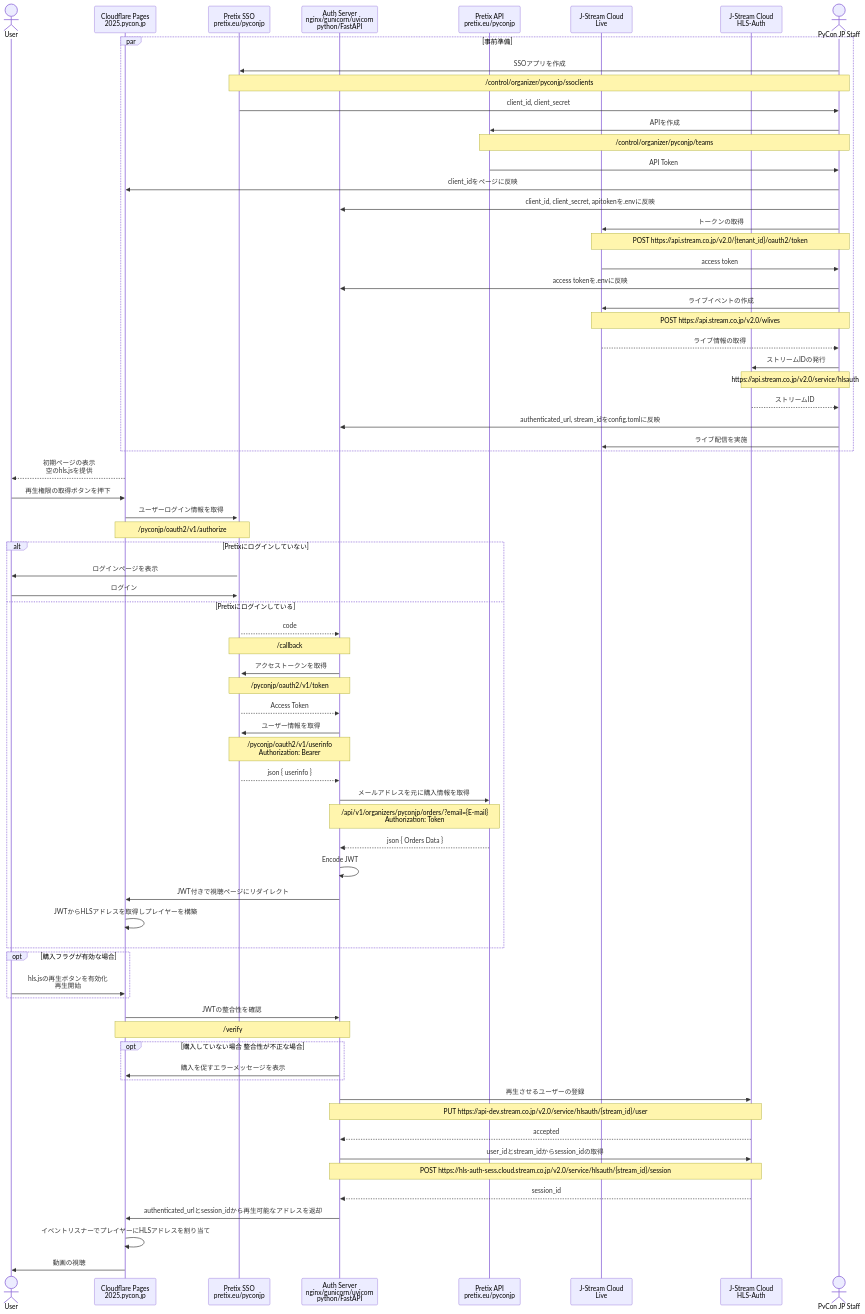
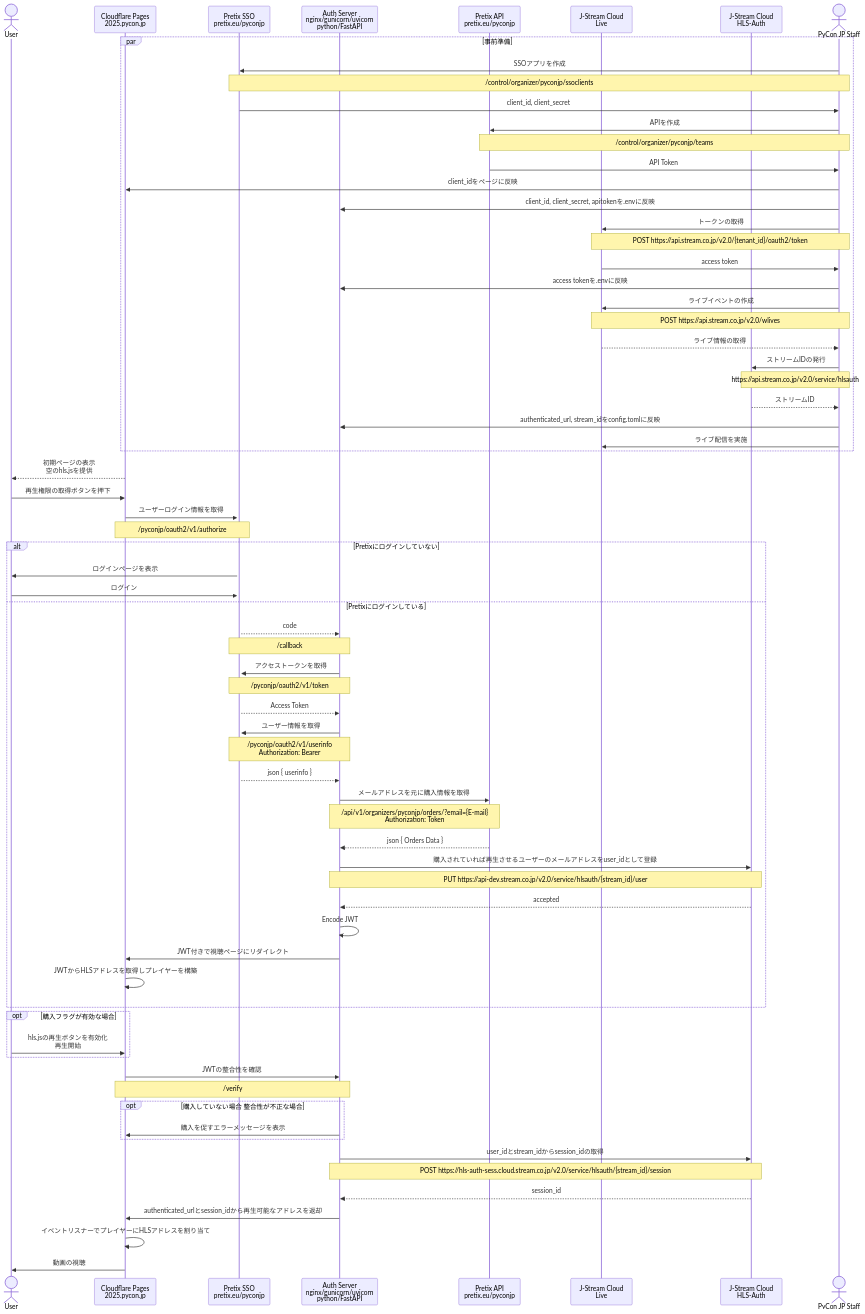
Before and after one commit to takashi74/key_ticket_system: the diagram in README.md, drawn with Mermaid. The commit also changed 9 other files, not shown here.

````diff
--- a/README.md
+++ b/README.md
@@ -48,75 +48,74 @@
 ```mermaid
 sequenceDiagram
     actor U as User
     participant A as Cloudflare Pages<br>2025.pycon.jp
     participant B as Pretix SSO<br>pretix.eu/pyconjp
     participant D as Auth Server<br>nginx/gunicorn/uvicorn<br>python/FastAPI
     participant C as Pretix API<br>pretix.eu/pyconjp
     participant I as J-Stream Cloud<br>Live
     participant J as J-Stream Cloud<br>HLS-Auth
     actor P as PyCon JP Staff
 
     par 事前準備
         P->>B: SSOアプリを作成
         Note over P,B: /control/organizer/pyconjp/ssoclients
         B->>P: client_id, client_secret
         P->>C: APIを作成
         Note over P,C: /control/organizer/pyconjp/teams
         C->>P: API Token
         P->>A: client_idをページに反映
         P->>D: client_id, client_secret, apitokenを.envに反映
         P->>I: トークンの取得
         Note over P,I: POST https://api.stream.co.jp/v2.0/{tenant_id}/oauth2/token
         I->>P: access token
         P->>D: access tokenを.envに反映
         P->>I: ライブイベントの作成
         Note over P,I: POST https://api.stream.co.jp/v2.0/wlives
         I-->>P: ライブ情報の取得
         P->>J: ストリームIDの発行
         Note over P,J: https://api.stream.co.jp/v2.0/service/hlsauth
         J-->>P: ストリームID
         P->>D: authenticated_url, stream_idをconfig.tomlに反映
-
         P->>I: ライブ配信を実施
     end
     A-->>U: 初期ページの表示<br>空のhls.jsを提供
     U->>A: 再生権限の取得ボタンを押下
     A->>+B: ユーザーログイン情報を取得
     Note over A,B: /pyconjp/oauth2/v1/authorize
     alt Pretixにログインしていない
     B->>U: ログインページを表示
     U->>B: ログイン
     else Pretixにログインしている
     B-->>D: code
     Note over B,D: /callback
     D->>B: アクセストークンを取得
     Note over B,D: /pyconjp/oauth2/v1/token
     B-->>D: Access Token
     D->>B: ユーザー情報を取得
     Note over B,D: /pyconjp/oauth2/v1/userinfo<br>Authorization: Bearer
     B-->>D: json { userinfo }
     D->>C: メールアドレスを元に購入情報を取得
     Note over C,D: /api/v1/organizers/pyconjp/orders/?email={E-mail}<br>Authorization: Token
     C-->>D: json { Orders Data }
+    D->>J: 購入されていれば再生させるユーザーのメールアドレスをuser_idとして登録
+    Note over D,J: PUT https://api-dev.stream.co.jp/v2.0/service/hlsauth/{stream_id}/user
+    J-->>D: accepted
     D->>D: Encode JWT
     D->>A: JWT付きで視聴ページにリダイレクト
     A->>A: JWTからHLSアドレスを取得しプレイヤーを構築
     end
     opt 購入フラグが有効な場合
     U->>A: hls.jsの再生ボタンを有効化<br>再生開始
     end
     A->>D: JWTの整合性を確認
     Note over A,D: /verify
     opt 購入していない場合 整合性が不正な場合
     D->>A: 購入を促すエラーメッセージを表示
     end
-    D->>J: 再生させるユーザーの登録
-    Note over D,J: PUT https://api-dev.stream.co.jp/v2.0/service/hlsauth/{stream_id}/user
-    J-->>D: accepted
     D->>J: user_idとstream_idからsession_idの取得
     Note over D,J:POST https://hls-auth-sess.cloud.stream.co.jp/v2.0/service/hlsauth/{stream_id}/session
     J-->>D: session_id
     D->>A: authenticated_urlとsession_idから再生可能なアドレスを返却
     A->>A: イベントリスナーでプレイヤーにHLSアドレスを割り当て
     A->>U: 動画の視聴
 ```
````
